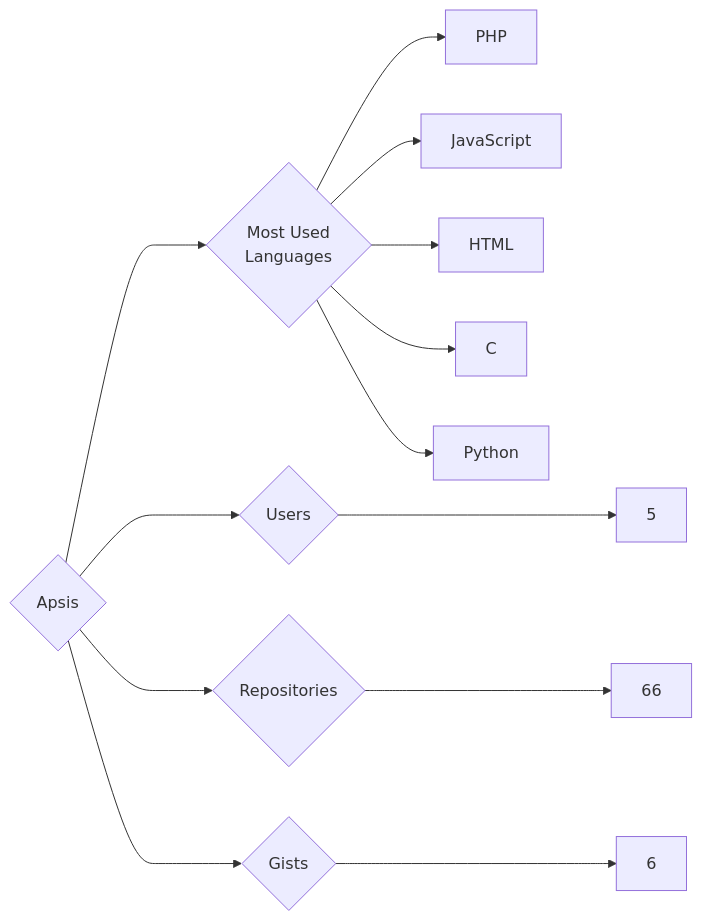
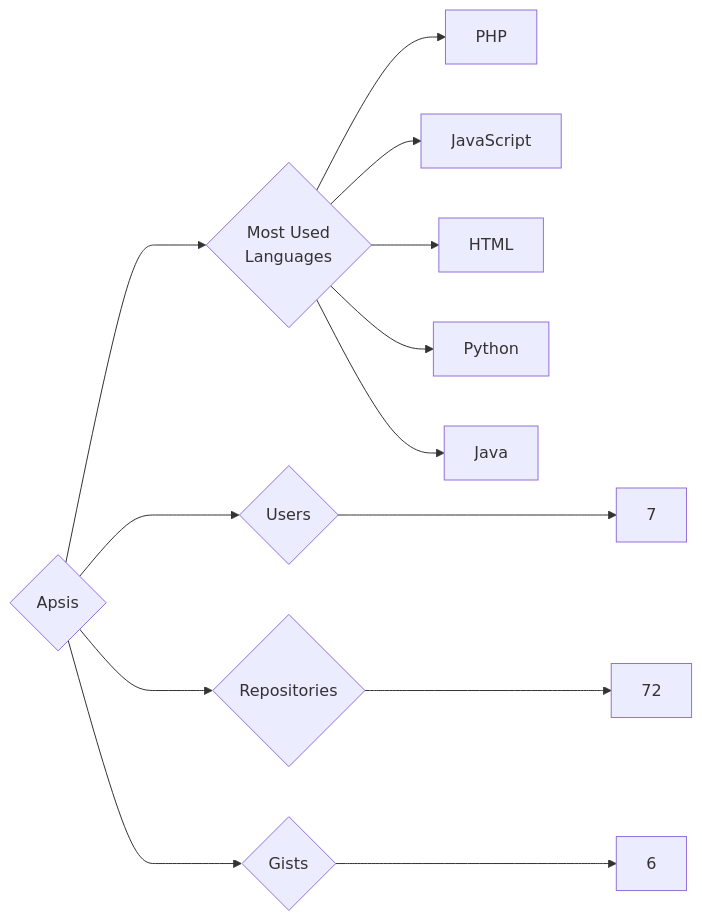
The diagram in targets/Apsis/README.md (trickest/insiders), drawn with Mermaid before and after one commit. The commit also changed 1003 other files, not shown here.

````diff
--- a/targets/Apsis/README.md
+++ b/targets/Apsis/README.md
@@ -3,13 +3,13 @@
 ```mermaid
 graph LR
 COMPANY_NAME{Apsis}
-COMPANY_NAME ---> U{Users} ---> UN[5]
-COMPANY_NAME ---> R{Repositories} ---> RN[66]
+COMPANY_NAME ---> U{Users} ---> UN[7]
+COMPANY_NAME ---> R{Repositories} ---> RN[72]
 COMPANY_NAME ---> G{Gists} ---> GN[6]
 COMPANY_NAME ---> ML{Most Used<br>Languages}
 ML --> PHP[PHP]
 ML --> JavaScript[JavaScript]
 ML --> HTML[HTML]
-ML --> C[C]
 ML --> Python[Python]
+ML --> Java[Java]
 ```
````
